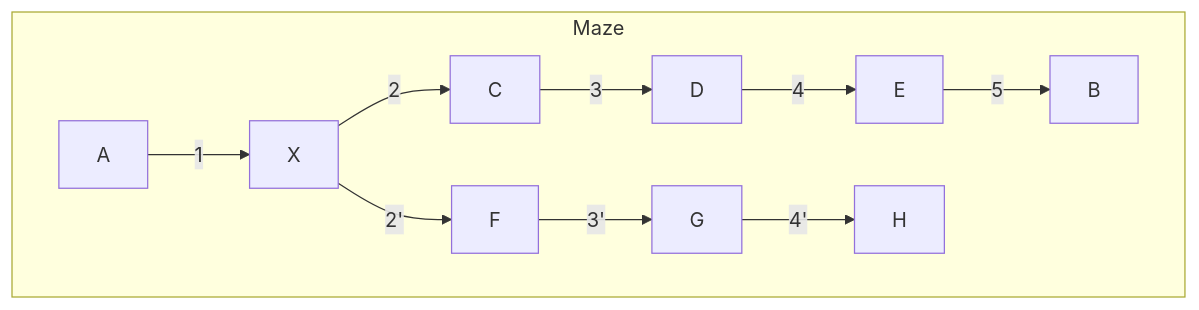
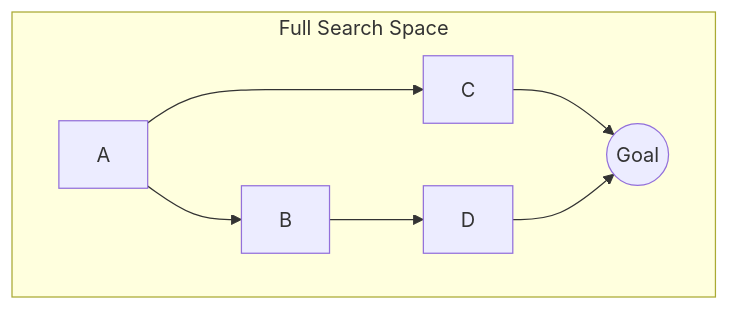
The third of 6 diagrams in _posts/2025-08-08-ai-search-algorithms-a-z.md (eltay89/eltay89.github.io), drawn with Mermaid before and after one commit. The commit also changed other lines of this file, not shown here.

````diff
--- a/_posts/2025-08-08-ai-search-algorithms-a-z.md
+++ b/_posts/2025-08-08-ai-search-algorithms-a-z.md
@@ -152,7 +159,9 @@
 ```mermaid
 graph TD
-    subgraph Maze
-        A -- 1 --> X -- 2 --> C -- 3 --> D -- 4 --> E -- 5 --> B
-        X -- 2' --> F -- 3' --> G -- 4' --> H
+    subgraph "Full Search Space"
+        A --> B --> D
+        A --> C
+        C --> F((Goal))
+        D --> F((Goal))
     end
 ```
````
